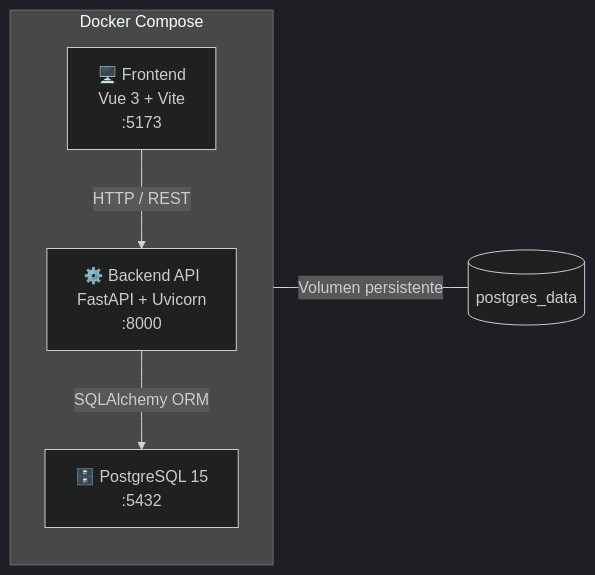
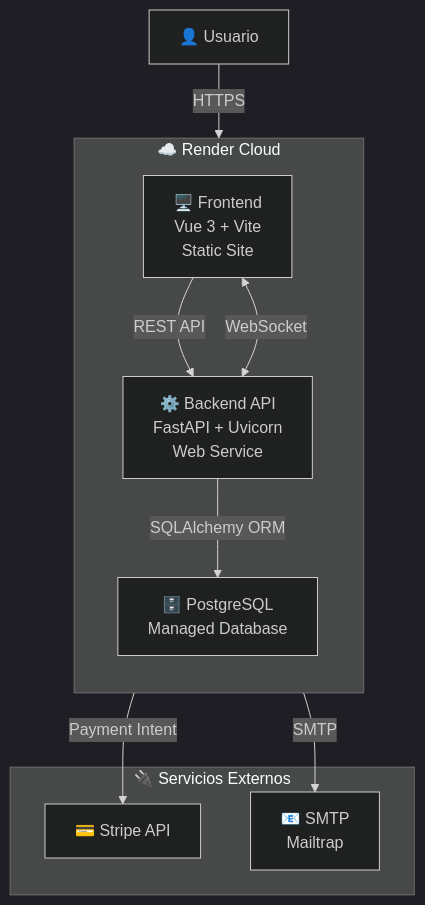
One commit to Sestmar/LibnamicPracticasPrimerProyecto changed the first of 7 diagrams in README.md. Above: the diagram before and after it, drawn with Mermaid (dark theme). The commit also changed other lines of this file, not shown here.

Commit message:
docs: README.md profesional con diagramas y guía completa

````diff
--- a/README.md
+++ b/README.md
@@ -17,13 +44,21 @@
 ```mermaid
-graph LR
-    subgraph Docker Compose
+graph TB
+    subgraph "☁️ Render Cloud"
         direction TB
-        FE["🖥️ Frontend<br/>Vue 3 + Vite<br/>:5173"]
-        API["⚙️ Backend API<br/>FastAPI + Uvicorn<br/>:8000"]
-        DB["🗄️ PostgreSQL 15<br/>:5432"]
+        FE["🖥️ Frontend<br/>Vue 3 + Vite<br/>Static Site"]
+        API["⚙️ Backend API<br/>FastAPI + Uvicorn<br/>Web Service"]
+        DB["🗄️ PostgreSQL<br/>Managed Database"]
     end
 
-    FE -->|HTTP / REST| API
+    subgraph "🔌 Servicios Externos"
+        STRIPE["💳 Stripe API"]
+        MAILTRAP["📧 SMTP<br/>Mailtrap"]
+    end
+
+    U["👤 Usuario"] -->|HTTPS| FE
+    FE -->|REST API| API
+    FE <-->|WebSocket| API
     API -->|SQLAlchemy ORM| DB
-    DB ---|Volumen persistente| VOL[(postgres_data)]
+    API -->|Payment Intent| STRIPE
+    API -->|SMTP| MAILTRAP
 ```
````
